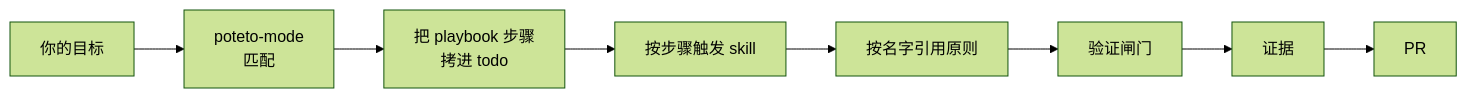
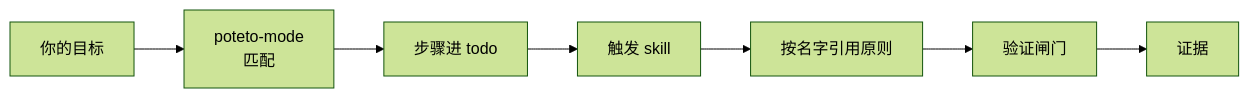
The second of 2 diagrams in docs/15-poteto-mode-runtime.md (minmaxflow/pstack-series), drawn with Mermaid (forest theme) before and after one commit. The commit also changed other lines of this file and 14 other files, not shown here.

````diff
--- a/docs/15-poteto-mode-runtime.md
+++ b/docs/15-poteto-mode-runtime.md
@@ -80,10 +92,9 @@
 ```mermaid
 flowchart LR
   G[你的目标] --> M2[poteto-mode<br/>匹配]
-  M2 --> B2[把 playbook 步骤<br/>拷进 todo]
-  B2 --> S2[按步骤触发 skill]
+  M2 --> B2[步骤进 todo]
+  B2 --> S2[触发 skill]
   S2 --> P2[按名字引用原则]
   P2 --> V[验证闸门]
   V --> E[证据]
-  E --> R[PR]
 ```
````
